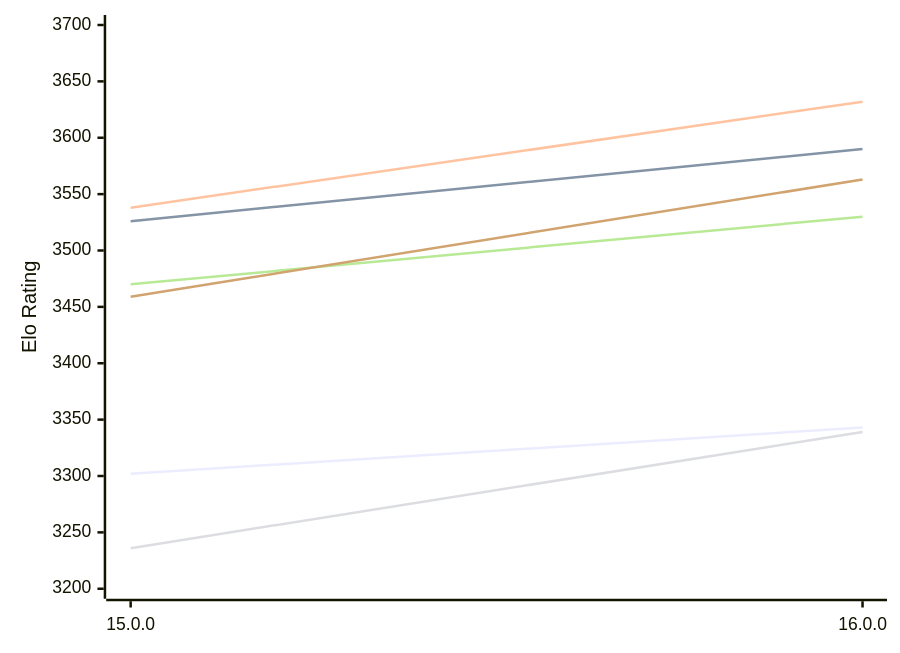
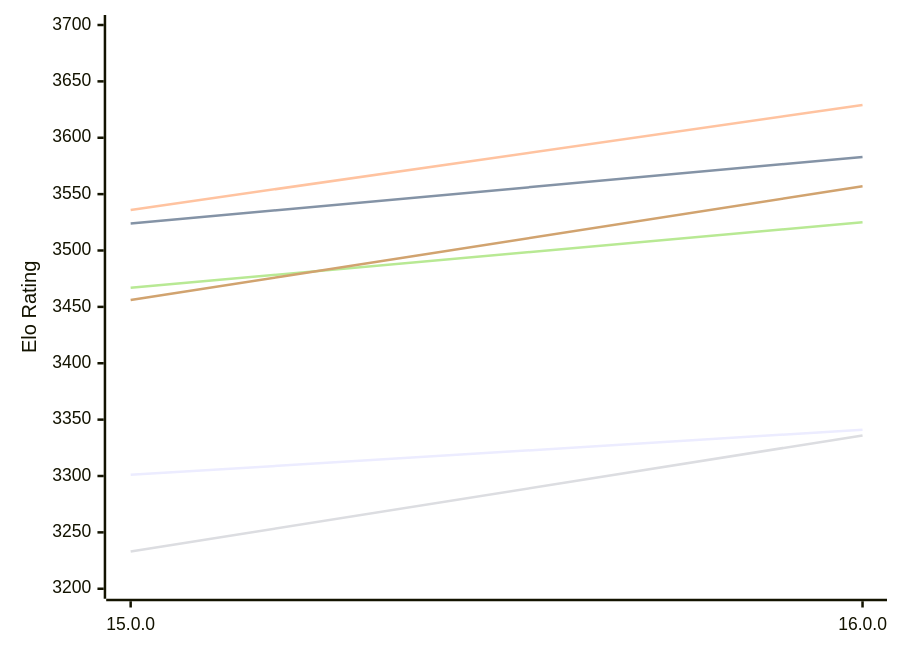
One commit to computer-chess-index/cci changed the first of 2 diagrams in engines/Halogen.md. Above: the diagram before and after it, drawn with Mermaid. The commit also changed other lines of this file, not shown here.

Commit message:
Update CCI Ratings (ELO VLTC) - 2026-11-19

````diff
--- a/engines/Halogen.md
+++ b/engines/Halogen.md
@@ -50,12 +50,12 @@
 ```mermaid
 %%{init: {"theme":"base","themeVariables":{"seriesColors:['#a3a3a3','#222221','#faa371']}}}%%
 xychart-beta
   x-axis ["15.0.0", "16.0.0"]
   y-axis "Elo Rating" 3200 --> 3700
-  line "E1: STC (8.0+0.08s)" [3302, 3343]
-  line "E1: LTC (60.0+0.60s)" [3526, 3590]
-  line "E1: VLTC (2m24s+1.12s)" [3538, 3632]
-  line "P1: STC (8.0+0.08s)" [3236, 3339]
-  line "P1: LTC (60.0+0.60s)" [3470, 3530]
-  line "P1: VLTC (2m24s+1.12s)" [3459, 3563]
+  line "E1: STC (8.0+0.08s)" [3301, 3341]
+  line "E1: LTC (60.0+0.60s)" [3524, 3583]
+  line "E1: VLTC (2m24s+1.12s)" [3536, 3629]
+  line "P1: STC (8.0+0.08s)" [3233, 3336]
+  line "P1: LTC (60.0+0.60s)" [3467, 3525]
+  line "P1: VLTC (2m24s+1.12s)" [3456, 3557]
 ```
````
